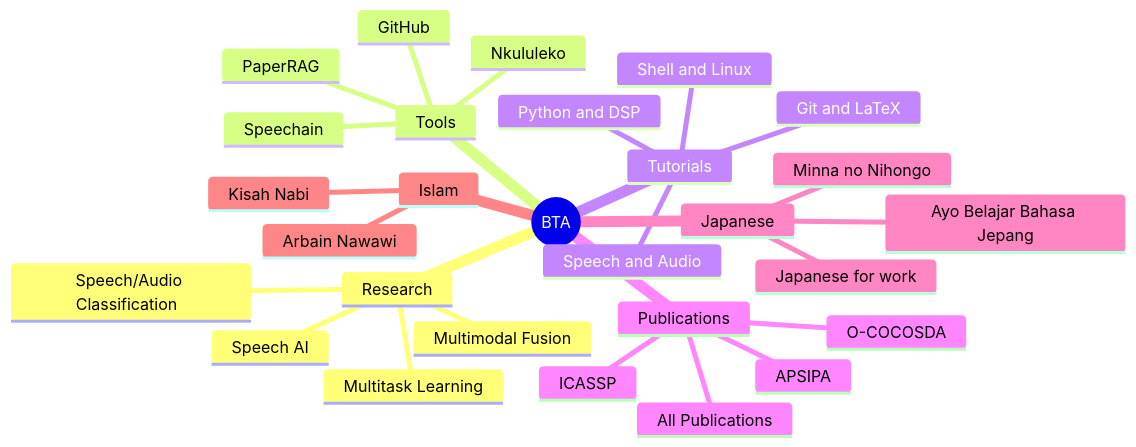
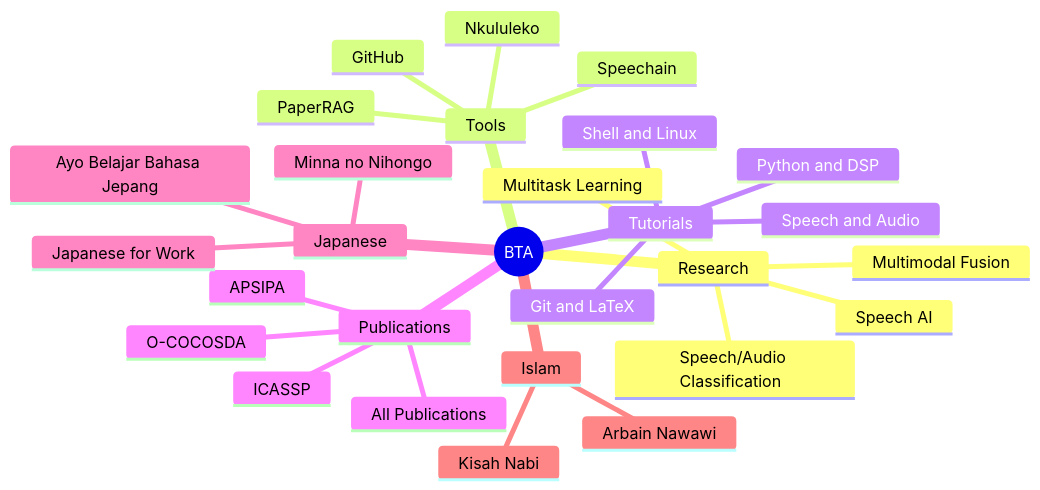
One commit to bagustris/bagustris.github.io changed the diagram in _pages/about.md. Above: the diagram before and after it, drawn with Mermaid. The commit also changed other lines of this file, not shown here.

```diff
--- a/_pages/about.md
+++ b/_pages/about.md
@@ -17,31 +17,31 @@
 <pre class="mermaid">
 mindmap
   root((BTA))
     Research
       Speech AI
       Multimodal Fusion
       Multitask Learning
       Speech/Audio Classification  
     Tools
       Nkululeko
       Speechain
       PaperRAG
       GitHub
     Tutorials
       Shell and Linux
       Python and DSP
       Speech and Audio
       Git and LaTeX
     Publications
       ICASSP
       O-COCOSDA  
       APSIPA
       All Publications
     Japanese
       Ayo Belajar Bahasa Jepang
       Minna no Nihongo
-      Japanese for work
+      Japanese for Work
     Islam
       Kisah Nabi 
       Arbain Nawawi
 </pre>
```
